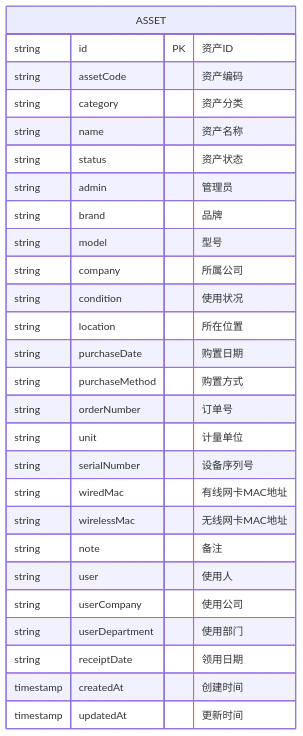
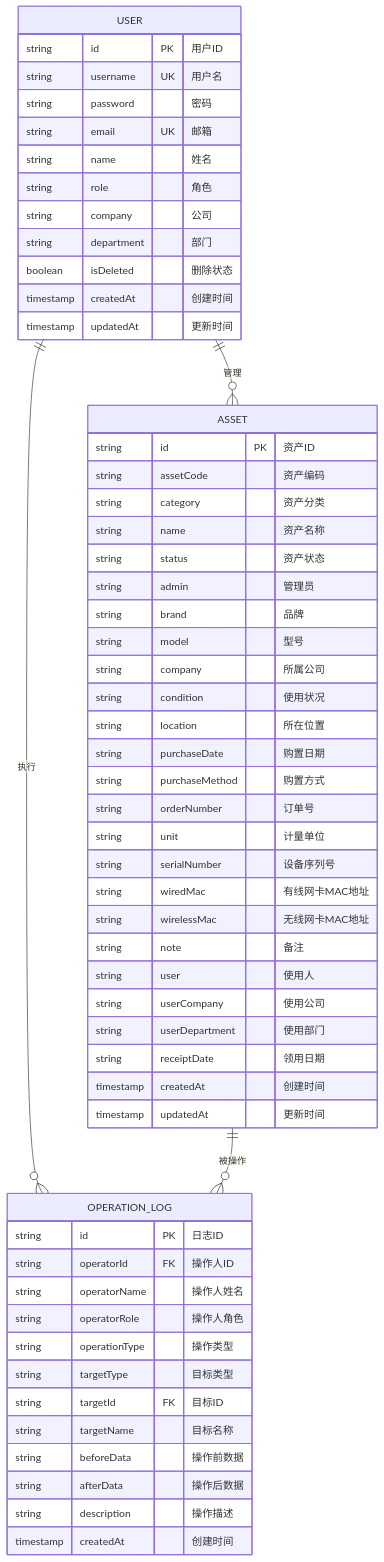
One commit to John96-Luo/asset-management-system changed the third of 4 diagrams in .trae/documents/tech_arch.md. Above: the diagram before and after it, drawn with Mermaid. The commit also changed other lines of this file and 1 other file, not shown here.

````diff
--- a/.trae/documents/tech_arch.md
+++ b/.trae/documents/tech_arch.md
@@ -34,30 +72,63 @@
 ```mermaid
 erDiagram
     ASSET {
         string id PK "资产ID"
         string assetCode "资产编码"
         string category "资产分类"
         string name "资产名称"
         string status "资产状态"
         string admin "管理员"
         string brand "品牌"
         string model "型号"
         string company "所属公司"
         string condition "使用状况"
         string location "所在位置"
         string purchaseDate "购置日期"
         string purchaseMethod "购置方式"
         string orderNumber "订单号"
         string unit "计量单位"
         string serialNumber "设备序列号"
         string wiredMac "有线网卡MAC地址"
         string wirelessMac "无线网卡MAC地址"
         string note "备注"
         string user "使用人"
         string userCompany "使用公司"
         string userDepartment "使用部门"
         string receiptDate "领用日期"
         timestamp createdAt "创建时间"
         timestamp updatedAt "更新时间"
     }
+    
+    USER {
+        string id PK "用户ID"
+        string username UK "用户名"
+        string password "密码"
+        string email UK "邮箱"
+        string name "姓名"
+        string role "角色"
+        string company "公司"
+        string department "部门"
+        boolean isDeleted "删除状态"
+        timestamp createdAt "创建时间"
+        timestamp updatedAt "更新时间"
+    }
+    
+    OPERATION_LOG {
+        string id PK "日志ID"
+        string operatorId FK "操作人ID"
+        string operatorName "操作人姓名"
+        string operatorRole "操作人角色"
+        string operationType "操作类型"
+        string targetType "目标类型"
+        string targetId FK "目标ID"
+        string targetName "目标名称"
+        string beforeData "操作前数据"
+        string afterData "操作后数据"
+        string description "操作描述"
+        timestamp createdAt "创建时间"
+    }
+    
+    USER ||--o{ ASSET : "管理"
+    USER ||--o{ OPERATION_LOG : "执行"
+    ASSET ||--o{ OPERATION_LOG : "被操作"
 ```
````
